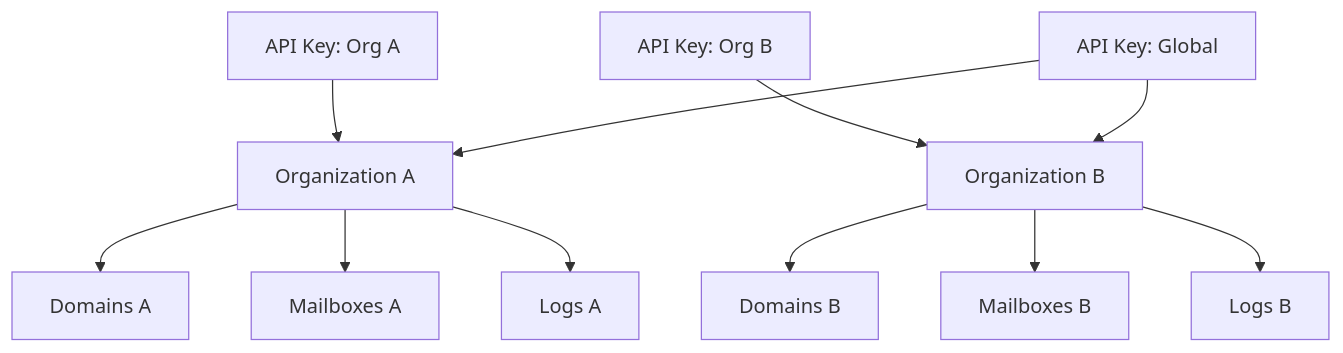
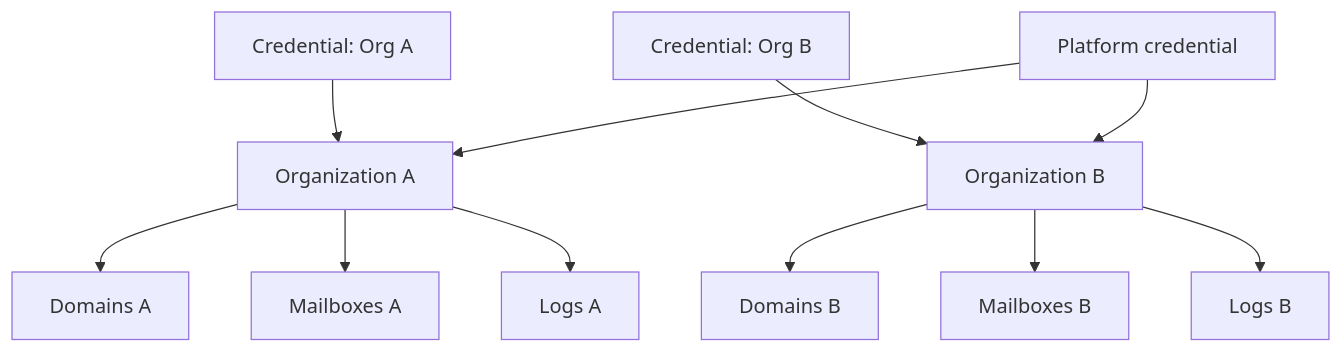
Before and after one commit to Techies-Africa/mailyte-mail-server-community: the diagram in docs/security/authorization.md, drawn with Mermaid. The commit also changed other lines of this file and 481 other files, not shown here.

````diff
--- a/docs/security/authorization.md
+++ b/docs/security/authorization.md
@@ -12,15 +12,15 @@
 ```mermaid
 graph TD
-    KEY1[API Key: Org A] --> ORGA[Organization A]
-    KEY2[API Key: Org B] --> ORGB[Organization B]
-    KEY3[API Key: Global] --> ORGA
+    KEY1[Credential: Org A] --> ORGA[Organization A]
+    KEY2[Credential: Org B] --> ORGB[Organization B]
+    KEY3[Platform credential] --> ORGA
     KEY3 --> ORGB
 
     ORGA --> DA[Domains A]
     ORGA --> MA[Mailboxes A]
     ORGA --> LA[Logs A]
 
     ORGB --> DB[Domains B]
     ORGB --> MB[Mailboxes B]
     ORGB --> LB[Logs B]
 ```
````
